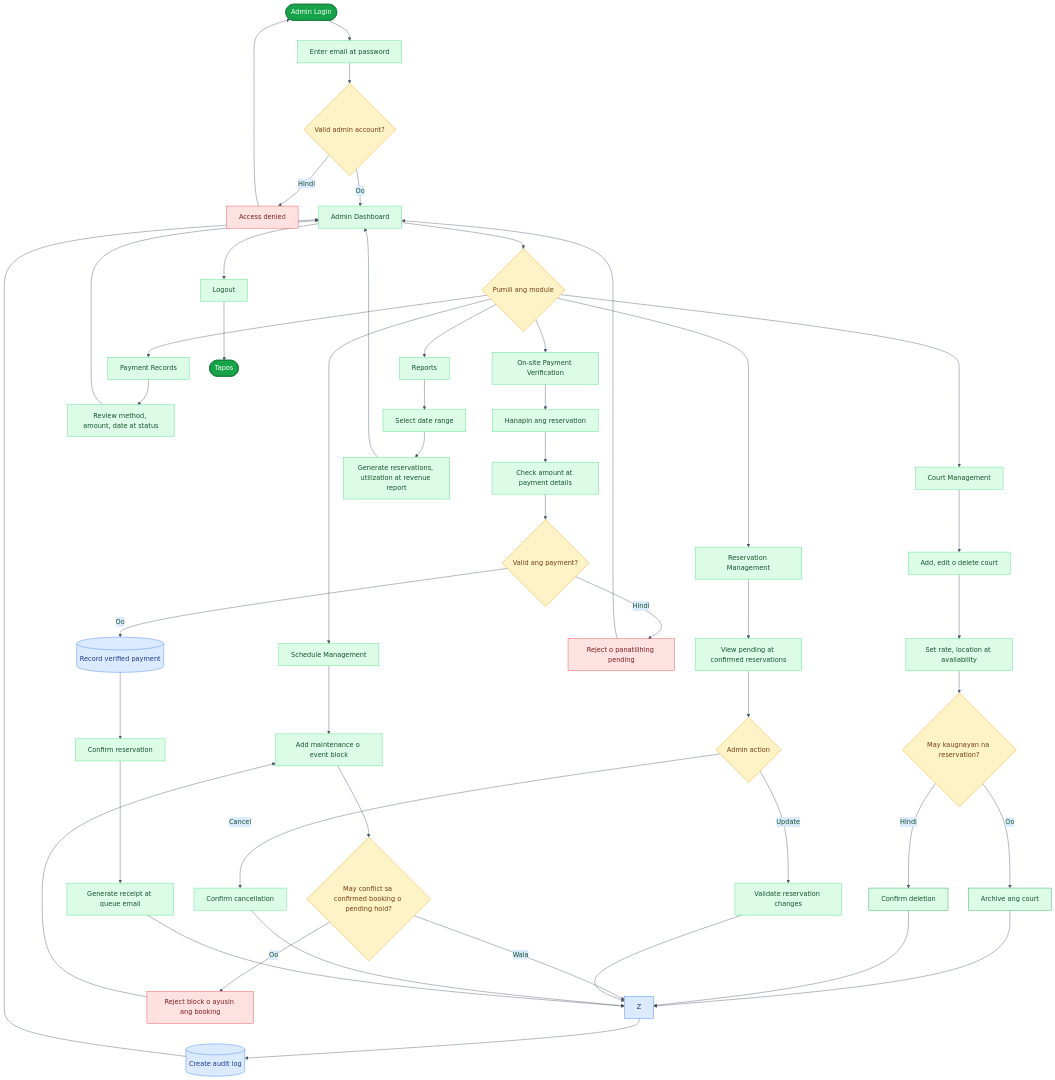
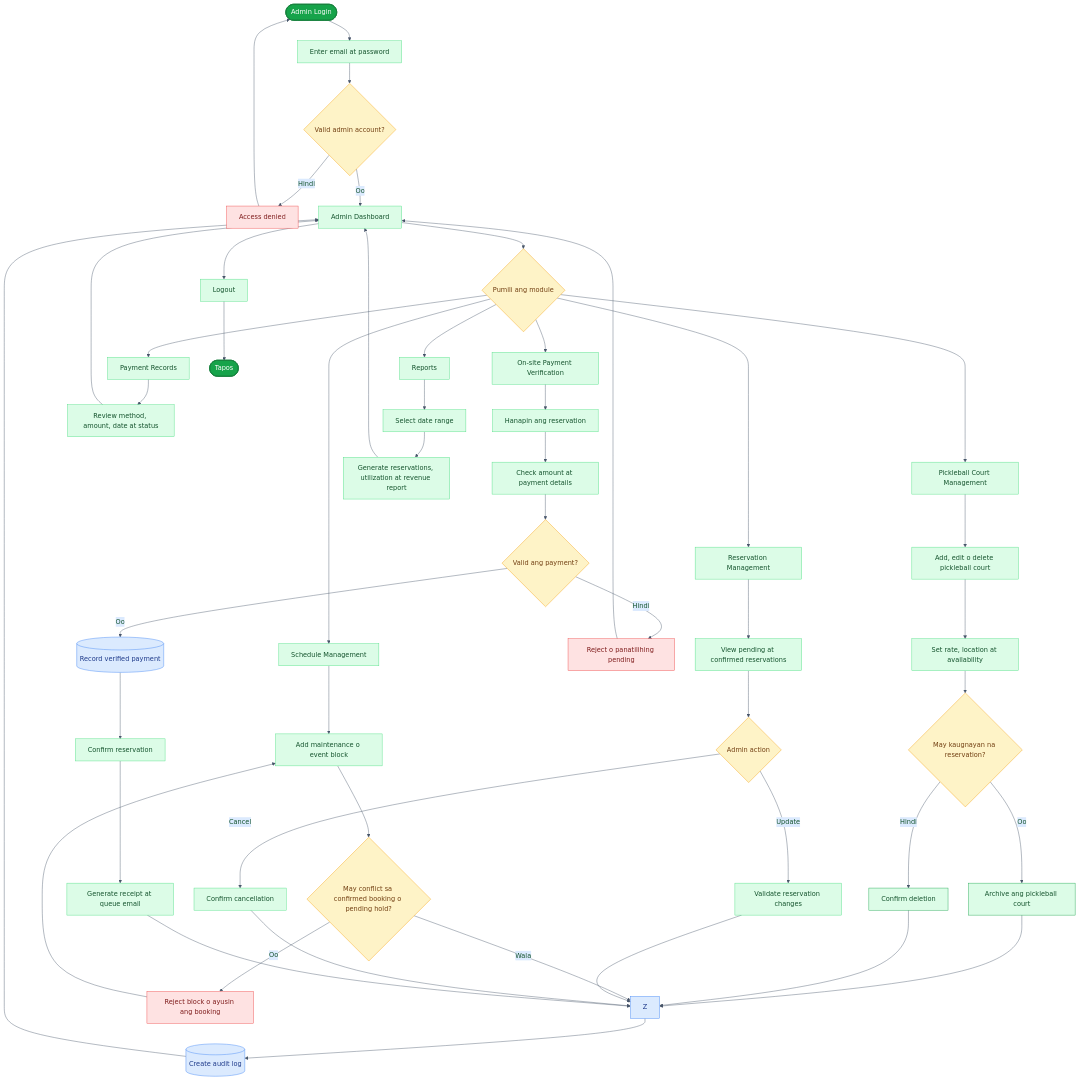
Before and after one commit to Ruzz-1010/Private-Sports-Court-Reservation-System: the second of 3 diagrams in docs/planning/SYSTEM_FLOWCHARTS.md, drawn with Mermaid. The commit also changed other lines of this file and 22 other files, not shown here.

````diff
--- a/docs/planning/SYSTEM_FLOWCHARTS.md
+++ b/docs/planning/SYSTEM_FLOWCHARTS.md
@@ -84,73 +84,73 @@
 ```mermaid
 %%{init: {"theme":"base","themeVariables":{"background":"#F0FDF4","primaryColor":"#DCFCE7","primaryTextColor":"#14532D","primaryBorderColor":"#16A34A","lineColor":"#475569","secondaryColor":"#DBEAFE","tertiaryColor":"#FEF3C7","fontFamily":"Arial"}}}%%
 flowchart TD
     A([Admin Login]) --> B[Enter email at password]
     B --> C{Valid admin account?}
 
     C -- Hindi --> D[Access denied]
     D --> A
 
     C -- Oo --> E[Admin Dashboard]
     E --> F{Pumili ang module}
 
-    F --> G[Court Management]
-    G --> G1[Add, edit o delete court]
+    F --> G[Pickleball Court Management]
+    G --> G1[Add, edit o delete pickleball court]
     G1 --> G2[Set rate, location at availability]
     G2 --> G5{May kaugnayan na reservation?}
-    G5 -- Oo --> G6[Archive ang court]
+    G5 -- Oo --> G6[Archive ang pickleball court]
     G5 -- Hindi --> G7[Confirm deletion]
     G6 --> Z
     G7 --> Z
 
     F --> H[Schedule Management]
     H --> H1[Add maintenance o event block]
     H1 --> H2{May conflict sa confirmed booking o pending hold?}
     H2 -- Oo --> H3[Reject block o ayusin ang booking]
     H3 --> H1
     H2 -- Wala --> Z
 
     F --> I[Reservation Management]
     I --> I1[View pending at confirmed reservations]
     I1 --> I2{Admin action}
     I2 -- Update --> I3[Validate reservation changes]
     I2 -- Cancel --> I4[Confirm cancellation]
     I3 --> Z
     I4 --> Z
 
     F --> J[On-site Payment Verification]
     J --> J1[Hanapin ang reservation]
     J1 --> J2[Check amount at payment details]
     J2 --> J3{Valid ang payment?}
     J3 -- Hindi --> J4[Reject o panatilihing pending]
     J4 --> E
     J3 -- Oo --> J5[(Record verified payment)]
     J5 --> J6[Confirm reservation]
     J6 --> J7[Generate receipt at queue email]
     J7 --> Z
 
     F --> K[Payment Records]
     K --> K1[Review method, amount, date at status]
     K1 --> E
 
     F --> L[Reports]
     L --> L1[Select date range]
     L1 --> L2[Generate reservations, utilization at revenue report]
     L2 --> E
 
     Z --> M[(Create audit log)]
     M --> E
     E --> N[Logout]
     N --> O([Tapos])
 
     classDef startEnd fill:#16A34A,color:#FFFFFF,stroke:#15803D,stroke-width:2px;
     classDef action fill:#DCFCE7,color:#14532D,stroke:#4ADE80;
     classDef decision fill:#FEF3C7,color:#713F12,stroke:#F59E0B;
     classDef warning fill:#FEE2E2,color:#7F1D1D,stroke:#EF4444;
     classDef data fill:#DBEAFE,color:#1E3A8A,stroke:#3B82F6;
 
     class A,O startEnd;
     class B,E,G,G1,G2,H,H1,I,I1,I3,I4,J,J1,J2,J6,J7,K,K1,L,L1,L2,N action;
     class C,F,G5,H2,I2,J3 decision;
     class D,H3,J4 warning;
     class Z,J5,M data;
 ```
````
